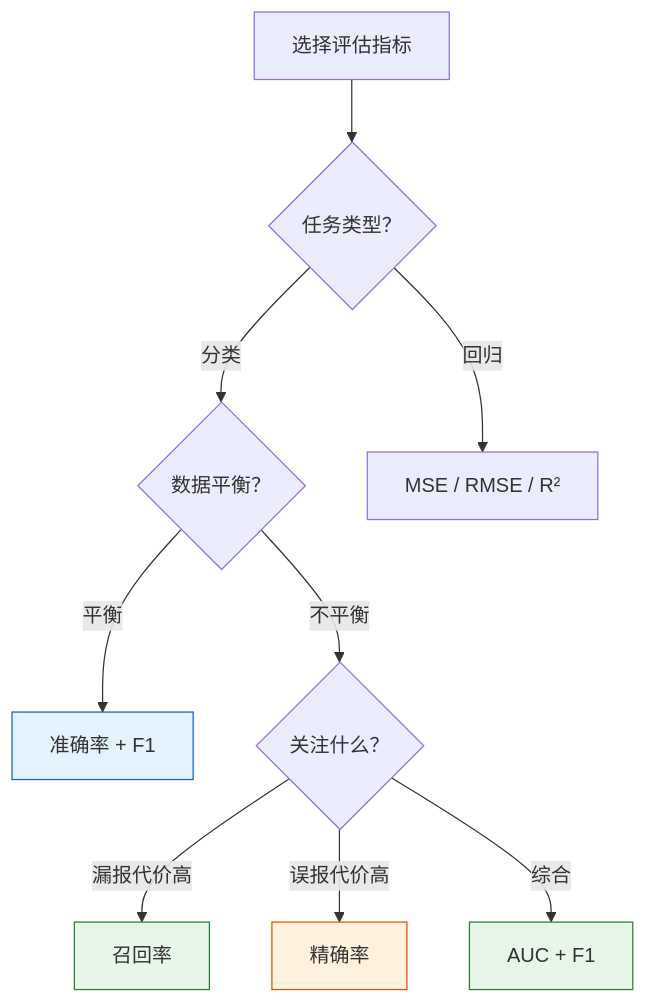
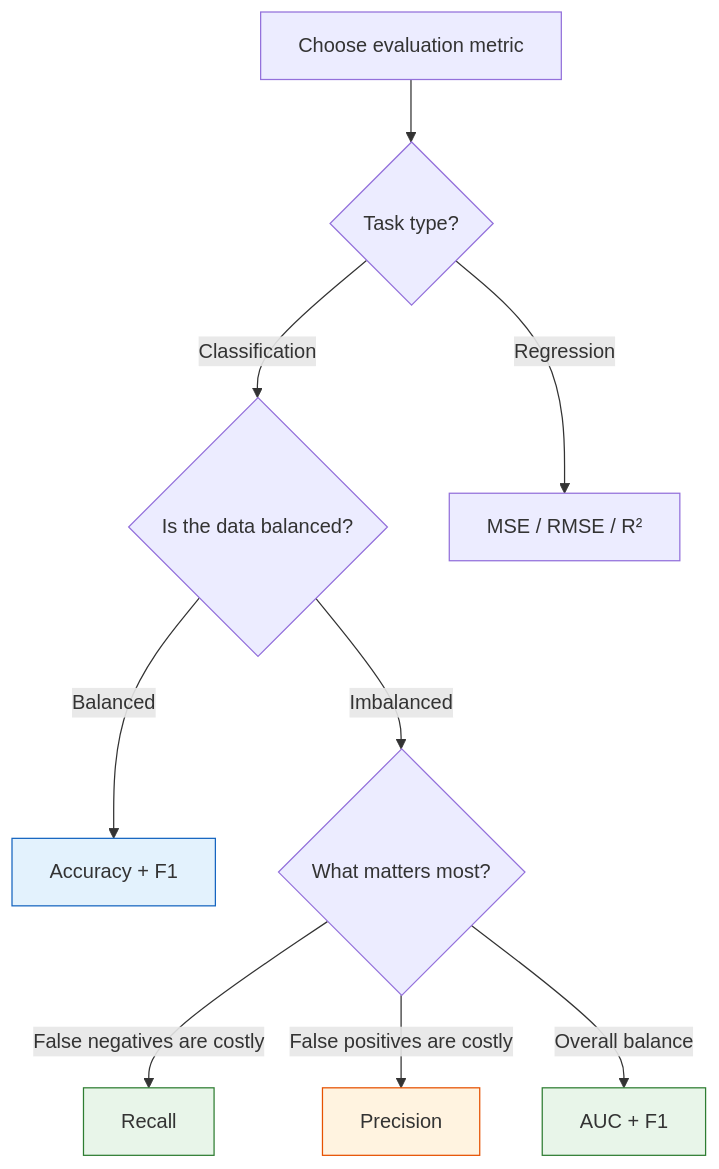
The second of 2 diagrams in docs/ch05-machine-learning/ch04-evaluation/01-metrics.md (oudbiao/AI-fullstack-course), drawn with Mermaid before and after one commit. The commit also changed other lines of this file and 1406 other files, not shown here.

````diff
--- a/docs/ch05-machine-learning/ch04-evaluation/01-metrics.md
+++ b/docs/ch05-machine-learning/ch04-evaluation/01-metrics.md
@@ -489,16 +489,16 @@
 ```mermaid
 flowchart TD
-    Q["选择评估指标"] --> T{"任务类型？"}
-    T -->|"分类"| C{"数据平衡？"}
-    T -->|"回归"| R["MSE / RMSE / R²"]
-    C -->|"平衡"| ACC["准确率 + F1"]
-    C -->|"不平衡"| IM{"关注什么？"}
-    IM -->|"漏报代价高"| REC["召回率"]
-    IM -->|"误报代价高"| PRE["精确率"]
-    IM -->|"综合"| AUC["AUC + F1"]
+    Q["Choose evaluation metric"] --> T{"Task type?"}
+    T -->|"Classification"| C{"Is the data balanced?"}
+    T -->|"Regression"| R["MSE / RMSE / R²"]
+    C -->|"Balanced"| ACC["Accuracy + F1"]
+    C -->|"Imbalanced"| IM{"What matters most?"}
+    IM -->|"False negatives are costly"| REC["Recall"]
+    IM -->|"False positives are costly"| PRE["Precision"]
+    IM -->|"Overall balance"| AUC["AUC + F1"]
 
     style ACC fill:#e3f2fd,stroke:#1565c0,color:#333
     style REC fill:#e8f5e9,stroke:#2e7d32,color:#333
     style PRE fill:#fff3e0,stroke:#e65100,color:#333
     style AUC fill:#e8f5e9,stroke:#2e7d32,color:#333
 ```
````
